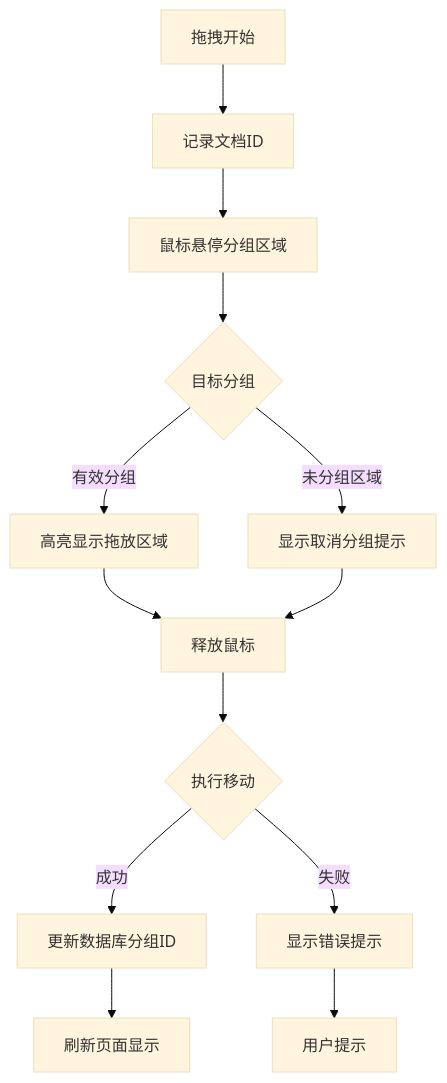
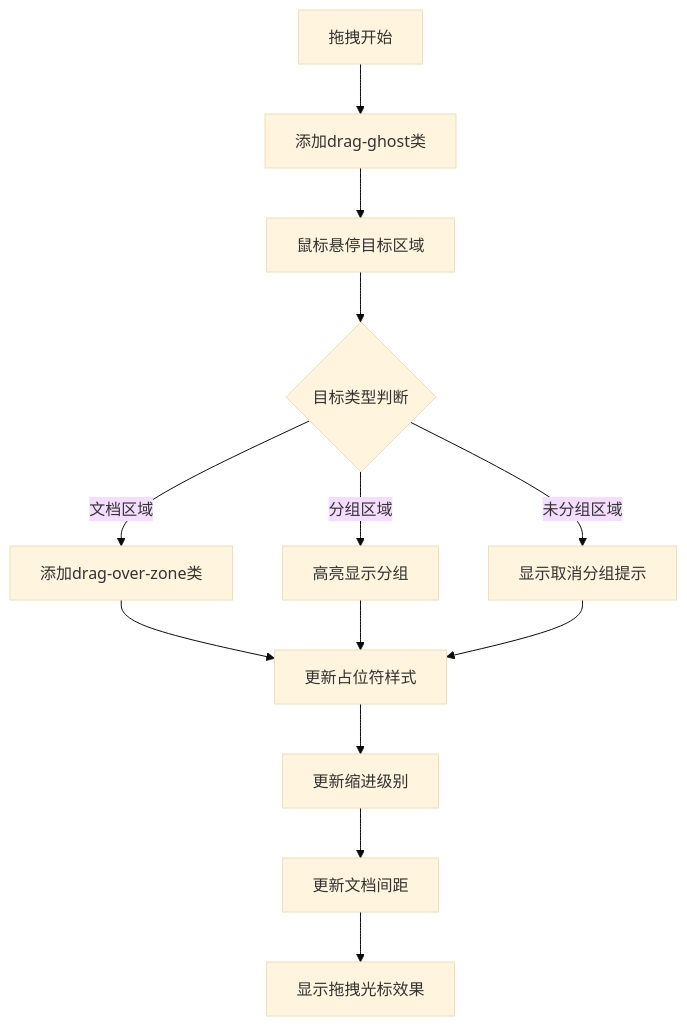
One commit to beyondalbert/my_wiki changed diagram 13 of 20 in .qoder/repowiki/zh/content/架构设计/蓝图系统设计/文档蓝图 (Document Blueprint).md. Above: the diagram before and after it, drawn with Mermaid (base theme). The commit also changed other lines of this file and 6 other files, not shown here.

````diff
--- a/.qoder/repowiki/zh/content/架构设计/蓝图系统设计/文档蓝图 (Document Blueprint).md
+++ b/.qoder/repowiki/zh/content/架构设计/蓝图系统设计/文档蓝图 (Document Blueprint).md
@@ -584,15 +605,15 @@
 ```mermaid
 flowchart TD
-A[拖拽开始] --> B[记录文档ID]
-B --> C[鼠标悬停分组区域]
-C --> D{目标分组}
-D --> |有效分组| E[高亮显示拖放区域]
-D --> |未分组区域| F[显示取消分组提示]
-E --> G[释放鼠标]
-F --> G
-G --> H{执行移动}
-H --> |成功| I[更新数据库分组ID]
-H --> |失败| J[显示错误提示]
-I --> K[刷新页面显示]
-J --> L[用户提示]
+A[拖拽开始] --> B[添加drag-ghost类]
+B --> C[鼠标悬停目标区域]
+C --> D{目标类型判断}
+D --> |文档区域| E[添加drag-over-zone类]
+D --> |分组区域| F[高亮显示分组]
+D --> |未分组区域| G[显示取消分组提示]
+E --> H[更新占位符样式]
+F --> H
+G --> H
+H --> I[更新缩进级别]
+I --> J[更新文档间距]
+J --> K[显示拖拽光标效果]
 ```
````
